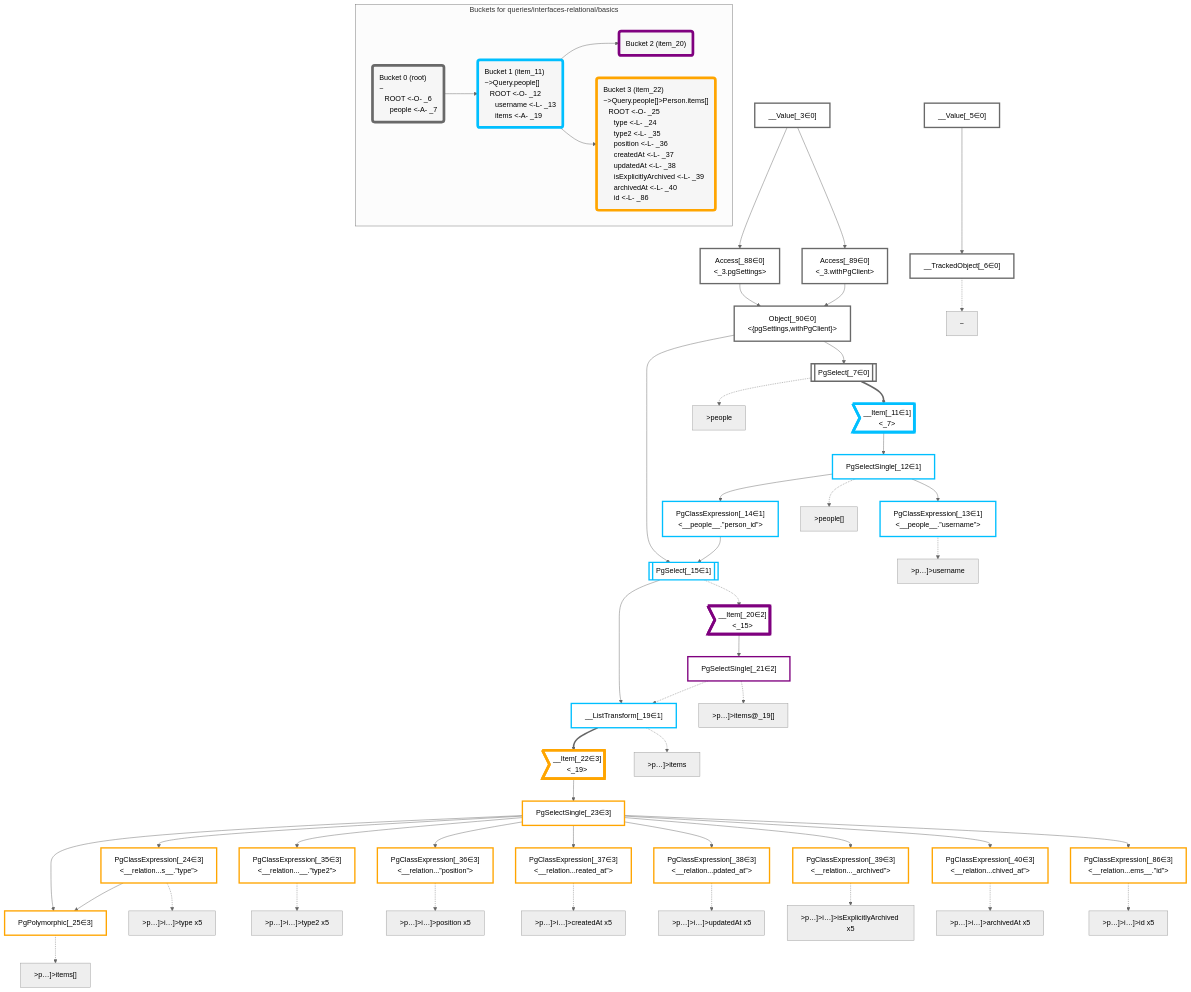
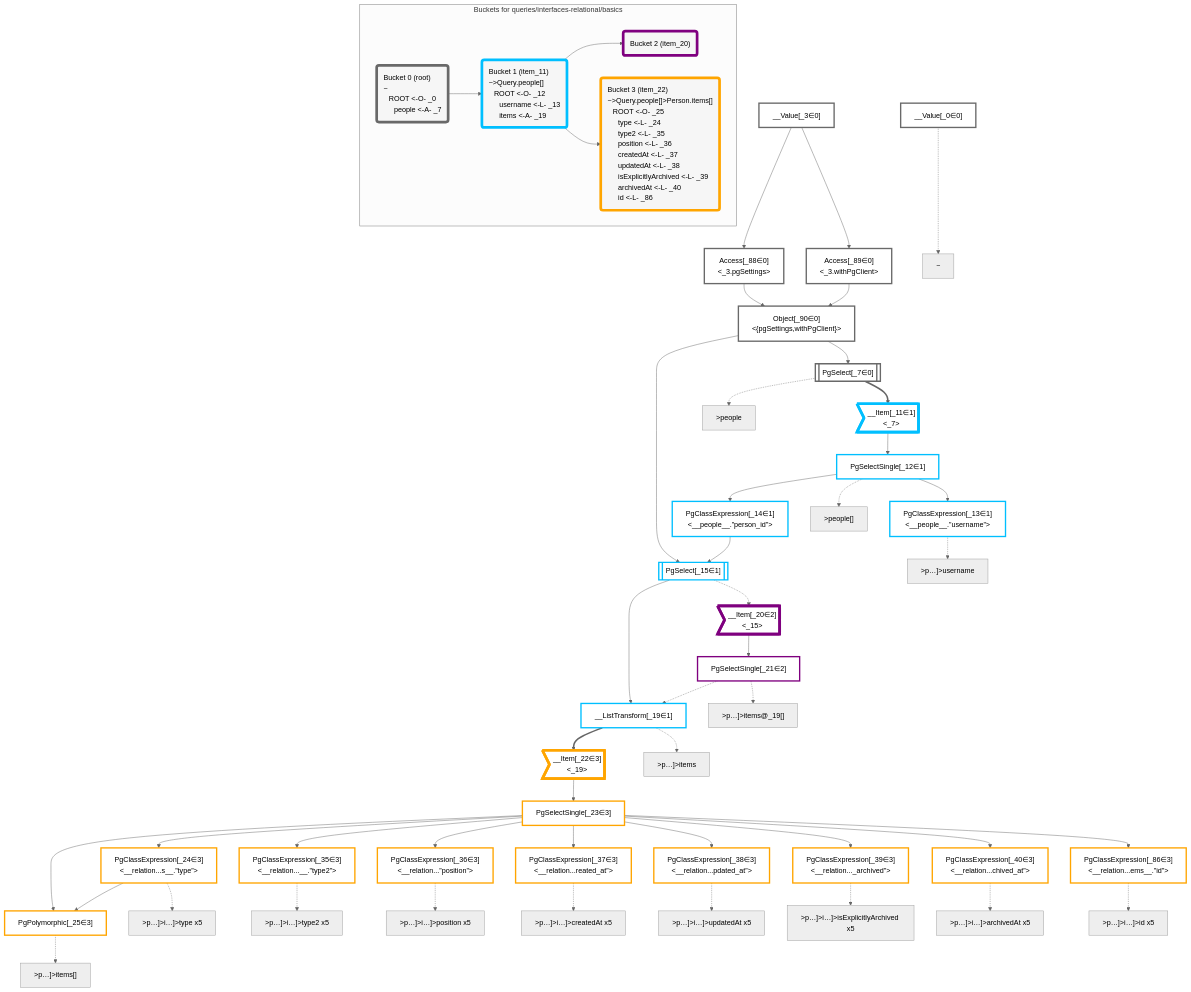
One commit to graphile/crystal changed the diagram in packages/dataplan-pg/__tests__/queries/interfaces-relational/basics.deopt.mermaid.md. Above: the diagram before and after it, drawn with Mermaid (neutral theme). The commit also changed 193 other files, not shown here.

Commit message:
Update test plan snapshots with new root plan

```diff
--- a/packages/dataplan-pg/__tests__/queries/interfaces-relational/basics.deopt.mermaid.md
+++ b/packages/dataplan-pg/__tests__/queries/interfaces-relational/basics.deopt.mermaid.md
@@ -8,9 +8,8 @@
 
 
     %% define plans
+    __Value_0["__Value[_0∈0]"]:::plan
     __Value_3["__Value[_3∈0]<br /><context>"]:::plan
-    __Value_5["__Value[_5∈0]<br /><rootValue>"]:::plan
-    __TrackedObject_6["__TrackedObject[_6∈0]"]:::plan
     PgSelect_7[["PgSelect[_7∈0]<br /><people>"]]:::plan
     __Item_11>"__Item[_11∈1]<br /><_7>"]:::itemplan
     PgSelectSingle_12["PgSelectSingle[_12∈1]<br /><people>"]:::plan
@@ -36,7 +35,6 @@
     Object_90["Object[_90∈0]<br /><{pgSettings,withPgClient}>"]:::plan
 
     %% plan dependencies
-    __Value_5 --> __TrackedObject_6
     Object_90 --> PgSelect_7
     PgSelect_7 ==> __Item_11
     __Item_11 --> PgSelectSingle_12
@@ -66,8 +64,8 @@
     Access_89 --> Object_90
 
     %% plan-to-path relationships
-    P_6["~"]
-    __TrackedObject_6 -.-> P_6
+    P_0["~"]
+    __Value_0 -.-> P_0
     P_7[">people"]
     PgSelect_7 -.-> P_7
     P_12[">people[]"]
@@ -99,7 +97,7 @@
 
     %% allocate buckets
     classDef bucket0 stroke:#696969
-    class __Value_3,__Value_5,__TrackedObject_6,PgSelect_7,Access_88,Access_89,Object_90 bucket0
+    class __Value_0,__Value_3,PgSelect_7,Access_88,Access_89,Object_90 bucket0
     classDef bucket1 stroke:#00bfff
     class __Item_11,PgSelectSingle_12,PgClassExpression_13,PgClassExpression_14,PgSelect_15,__ListTransform_19 bucket1
     classDef bucket2 stroke:#7f007f
@@ -108,7 +106,7 @@
     class __Item_22,PgSelectSingle_23,PgClassExpression_24,PgPolymorphic_25,PgClassExpression_35,PgClassExpression_36,PgClassExpression_37,PgClassExpression_38,PgClassExpression_39,PgClassExpression_40,PgClassExpression_86 bucket3
 
     subgraph "Buckets for queries/interfaces-relational/basics"
-    Bucket0("Bucket 0 (root)<br />~<br />⠀ROOT <-O- _6<br />⠀⠀people <-A- _7"):::bucket
+    Bucket0("Bucket 0 (root)<br />~<br />⠀ROOT <-O- _0<br />⠀⠀people <-A- _7"):::bucket
     style Bucket0 stroke:#696969
     Bucket1("Bucket 1 (item_11)<br />~>Query.people[]<br />⠀ROOT <-O- _12<br />⠀⠀username <-L- _13<br />⠀⠀items <-A- _19"):::bucket
     style Bucket1 stroke:#00bfff
```
